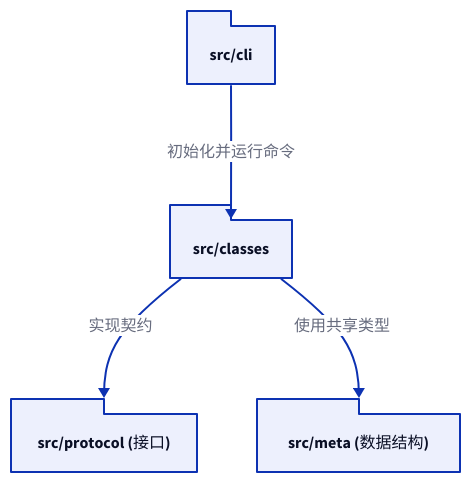
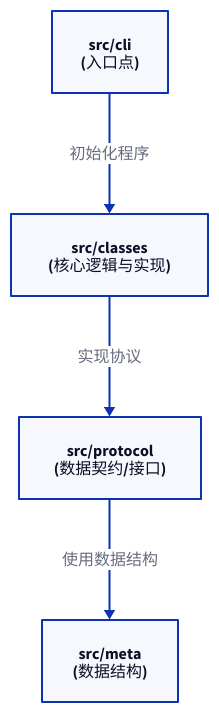
Before and after one commit to lban2049/to-where-cli: the diagram in .aigne/doc-smith/docs/development-project-structure.zh.md, drawn with D2. The commit also changed other lines of this file and 24 other files, not shown here.

````diff
--- a/.aigne/doc-smith/docs/development-project-structure.zh.md
+++ b/.aigne/doc-smith/docs/development-project-structure.zh.md
@@ -11,28 +11,27 @@
 ```d2
 direction: down
 
-"CLI 入口点": {
-  label: "src/cli"
-  shape: package
+src-cli: {
+  label: "src/cli\n(入口点)"
+  shape: rectangle
 }
 
-"核心逻辑": {
-  label: "src/classes"
-  shape: package
+src-classes: {
+  label: "src/classes\n(核心逻辑与实现)"
+  shape: rectangle
 }
 
-"协议": {
-  label: "src/protocol (接口)"
-  shape: package
+src-protocol: {
+  label: "src/protocol\n(数据契约/接口)"
+  shape: rectangle
 }
 
-"元数据": {
-  label: "src/meta (数据结构)"
-  shape: package
+src-meta: {
+  label: "src/meta\n(数据结构)"
+  shape: rectangle
 }
 
-"CLI 入口点" -> "核心逻辑": "初始化并运行命令"
-"核心逻辑" -> "协议": "实现契约"
-"核心逻辑" -> "元数据": "使用共享类型"
-
+src-cli -> src-classes: "初始化程序"
+src-classes -> src-protocol: "实现协议"
+src-protocol -> src-meta: "使用数据结构"
 ```
````
